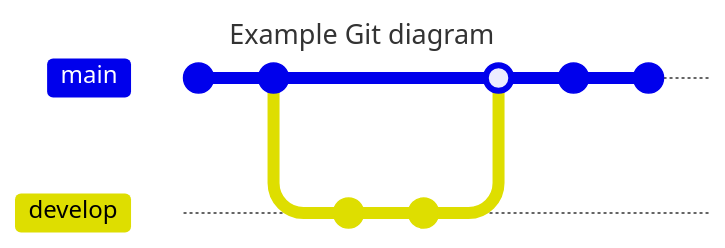
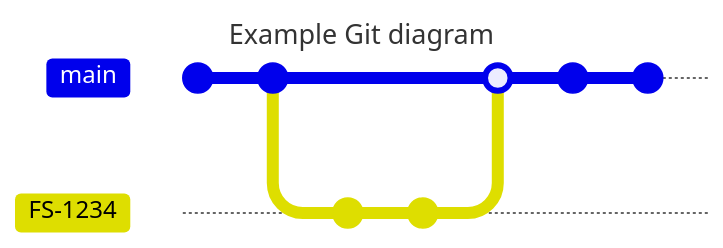
One commit to sebastian-freitag/mermaid_playground changed the diagram in README.md. Above: the diagram before and after it, drawn with Mermaid. Commit ids are hidden.

````diff
--- a/README.md
+++ b/README.md
@@ -7,16 +7,16 @@
 ```mermaid
 ---
 title: Example Git diagram
 ---
 gitGraph
    commit
    commit
-   branch develop
-   checkout develop
+   branch FS-1234
+   checkout FS-1234
    commit
    commit
    checkout main
-   merge develop
+   merge FS-1234
    commit
    commit
 ```
````
